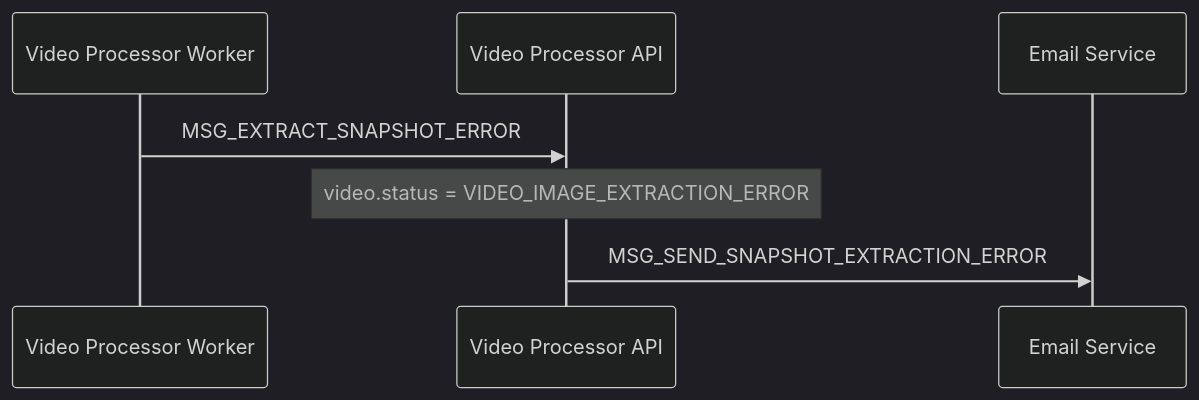
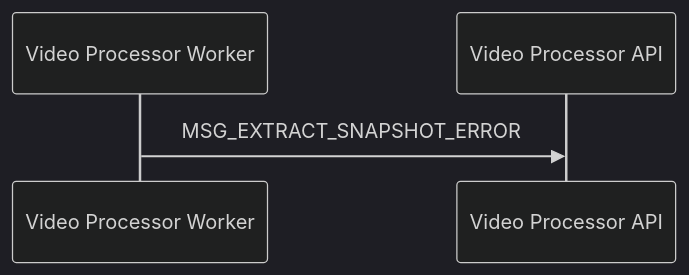
One commit to rafaelsmonte/hackaton-video-processor-worker changed the second of 2 diagrams in docs/service.md. Above: the diagram before and after it, drawn with Mermaid (dark theme).

````diff
--- a/docs/service.md
+++ b/docs/service.md
@@ -70,6 +70,4 @@
 ```mermaid
 sequenceDiagram  
 Video Processor Worker->>Video Processor API: MSG_EXTRACT_SNAPSHOT_ERROR  
-  Note over Video Processor API: video.status = VIDEO_IMAGE_EXTRACTION_ERROR  
-  Video Processor API->>Email Service: MSG_SEND_SNAPSHOT_EXTRACTION_ERROR  
 ```
````
